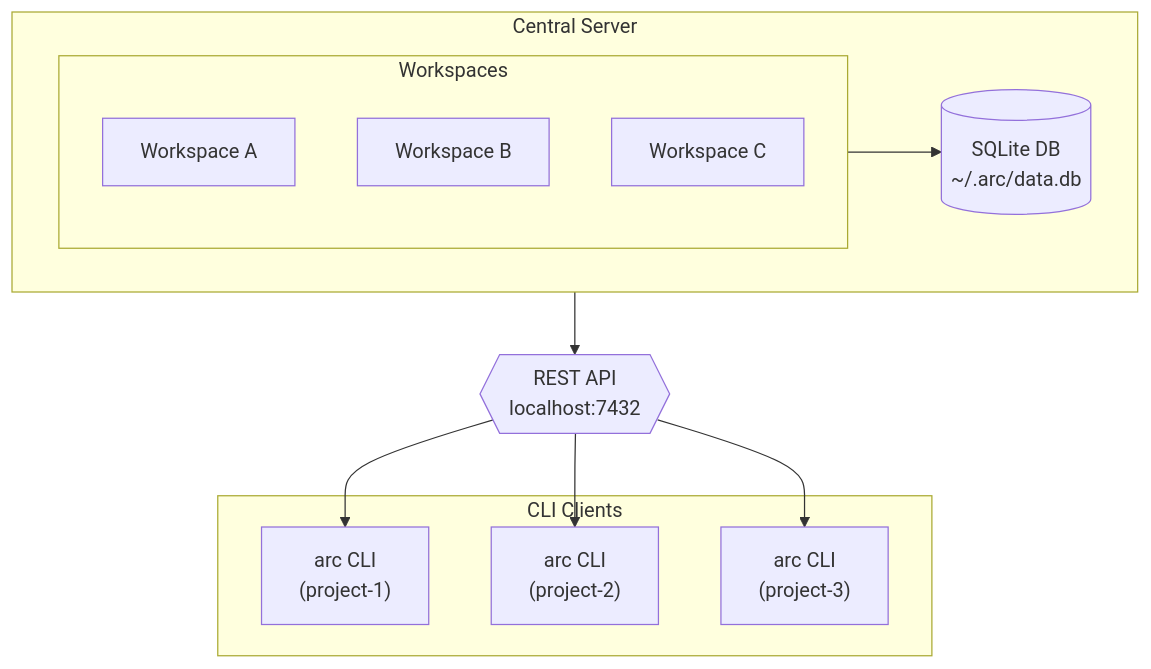
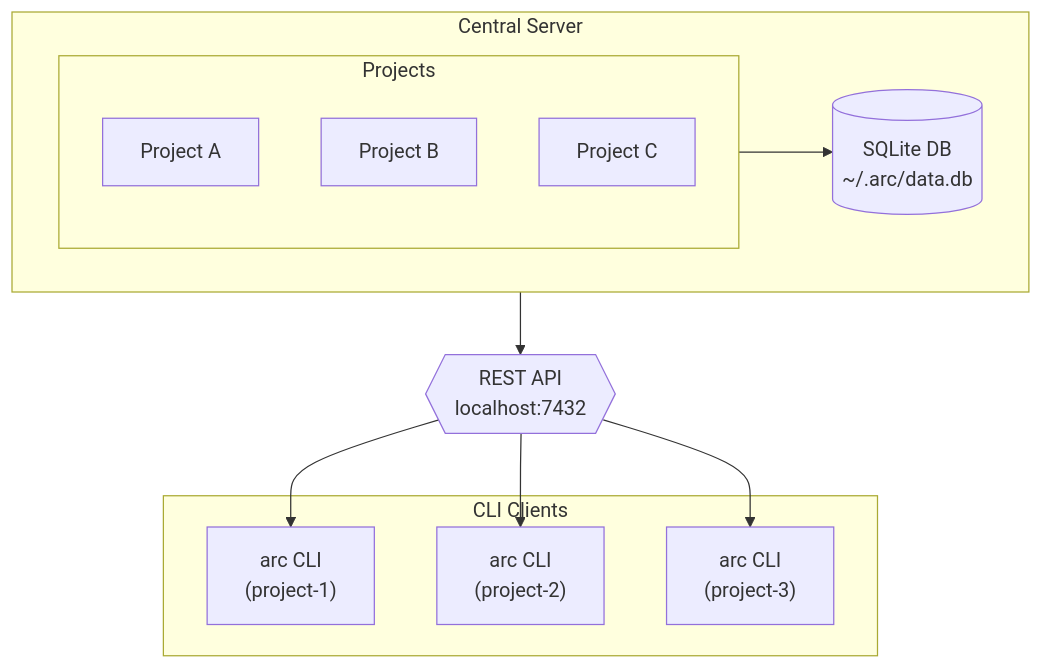
The diagram in README.md (SentioLabs/arc), drawn with Mermaid before and after one commit. The commit also changed other lines of this file and 13 other files, not shown here.

First line of the commit message:
docs: rename workspace to project across all documentation

````diff
--- a/README.md
+++ b/README.md
@@ -308,25 +308,25 @@
 ```mermaid
 flowchart TB
     subgraph server["Central Server"]
-        subgraph workspaces["Workspaces"]
-            ws1["Workspace A"]
-            ws2["Workspace B"]
-            ws3["Workspace C"]
+        subgraph projects["Projects"]
+            ws1["Project A"]
+            ws2["Project B"]
+            ws3["Project C"]
         end
         db[("SQLite DB<br/>~/.arc/data.db")]
-        workspaces --> db
+        projects --> db
     end
 
     api{{"REST API<br/>localhost:7432"}}
     server --> api
 
     subgraph clients["CLI Clients"]
         cli1["arc CLI<br/>(project-1)"]
         cli2["arc CLI<br/>(project-2)"]
         cli3["arc CLI<br/>(project-3)"]
     end
 
     api --> cli1
     api --> cli2
     api --> cli3
 ```
````
